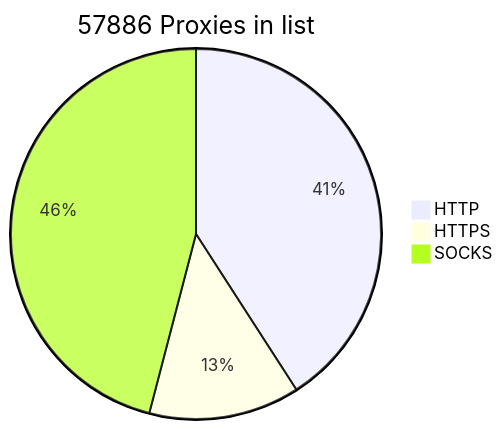
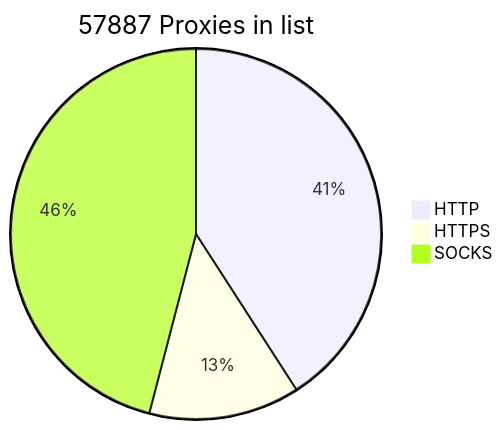
One commit to BlackSnowDot/proxylist-update-every-minute changed the diagram in README.md. Above: the diagram before and after it, drawn with Mermaid.

````diff
--- a/README.md
+++ b/README.md
@@ -2,6 +2,6 @@
 ```mermaid
-pie title 57886 Proxies in list
+pie title 57887 Proxies in list
     "HTTP" : 26637
     "HTTPS": 8587
-    "SOCKS" : 29933
+    "SOCKS" : 29934
 ```
````
